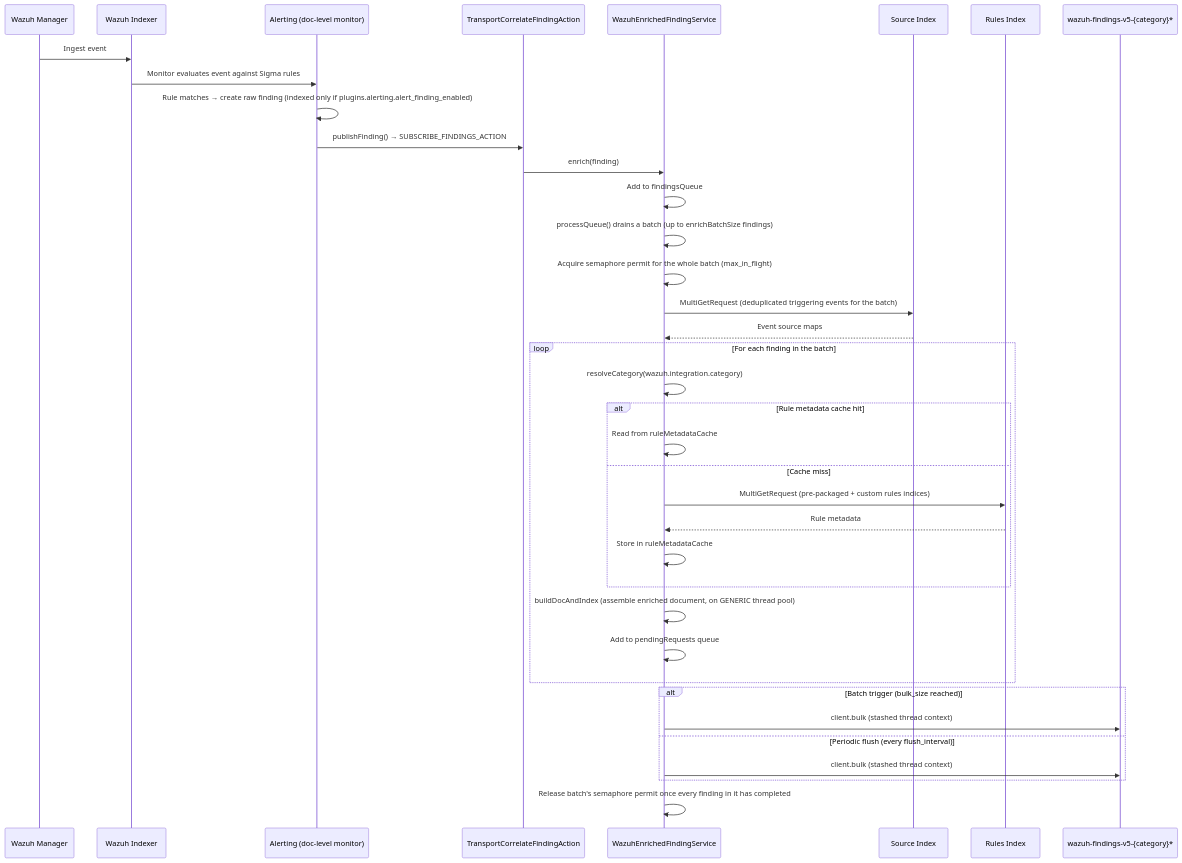
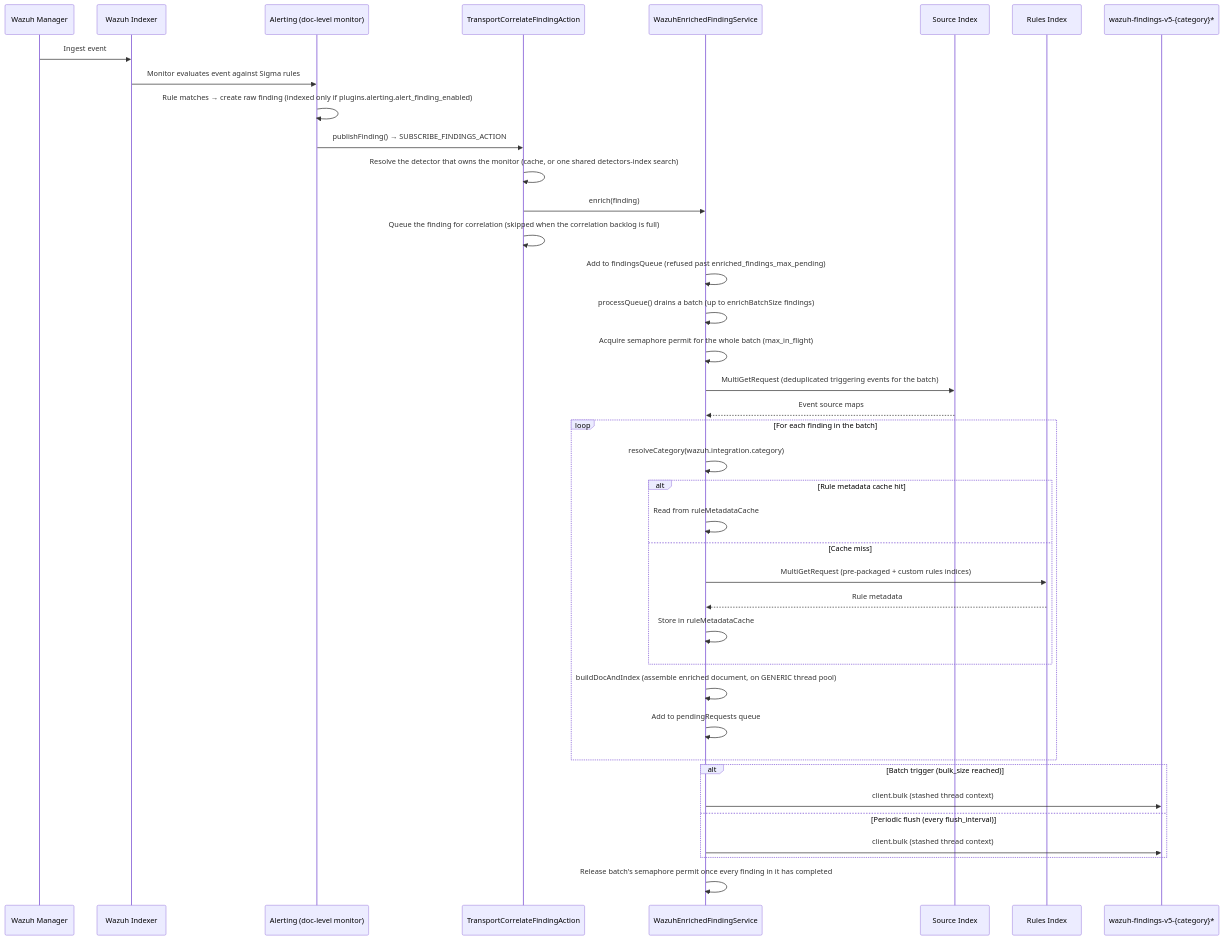
One commit to wazuh/wazuh-indexer-plugins changed the first of 2 diagrams in docs/dev/plugins/security-analytics.md. Above: the diagram before and after it, drawn with Mermaid. The commit also changed other lines of this file and 1 other file, not shown here.

Commit message:
Update docs related to correlation backlog behavior

````diff
--- a/docs/dev/plugins/security-analytics.md
+++ b/docs/dev/plugins/security-analytics.md
@@ -68,40 +72,42 @@
 ```mermaid
 sequenceDiagram
     participant A as Wazuh Manager
     participant I as Wazuh Indexer
     participant AL as Alerting (doc-level monitor)
     participant TC as TransportCorrelateFindingAction
     participant WS as WazuhEnrichedFindingService
     participant SI as Source Index
     participant RI as Rules Index
     participant WF as wazuh-findings-v5-{category}*
 
     A->>I: Ingest event
     I->>AL: Monitor evaluates event against Sigma rules
     AL->>AL: Rule matches → create raw finding (indexed only if plugins.alerting.alert_finding_enabled)
     AL->>TC: publishFinding() → SUBSCRIBE_FINDINGS_ACTION
+    TC->>TC: Resolve the detector that owns the monitor (cache, or one shared detectors-index search)
     TC->>WS: enrich(finding)
-    WS->>WS: Add to findingsQueue
+    TC->>TC: Queue the finding for correlation (skipped when the correlation backlog is full)
+    WS->>WS: Add to findingsQueue (refused past enriched_findings_max_pending)
     WS->>WS: processQueue() drains a batch (up to enrichBatchSize findings)
     WS->>WS: Acquire semaphore permit for the whole batch (max_in_flight)
     WS->>SI: MultiGetRequest (deduplicated triggering events for the batch)
     SI-->>WS: Event source maps
     loop For each finding in the batch
         WS->>WS: resolveCategory(wazuh.integration.category)
         alt Rule metadata cache hit
             WS->>WS: Read from ruleMetadataCache
         else Cache miss
             WS->>RI: MultiGetRequest (pre-packaged + custom rules indices)
             RI-->>WS: Rule metadata
             WS->>WS: Store in ruleMetadataCache
         end
         WS->>WS: buildDocAndIndex (assemble enriched document, on GENERIC thread pool)
         WS->>WS: Add to pendingRequests queue
     end
     alt Batch trigger (bulk_size reached)
         WS->>WF: client.bulk (stashed thread context)
     else Periodic flush (every flush_interval)
         WS->>WF: client.bulk (stashed thread context)
     end
     WS->>WS: Release batch's semaphore permit once every finding in it has completed
 ```
````
